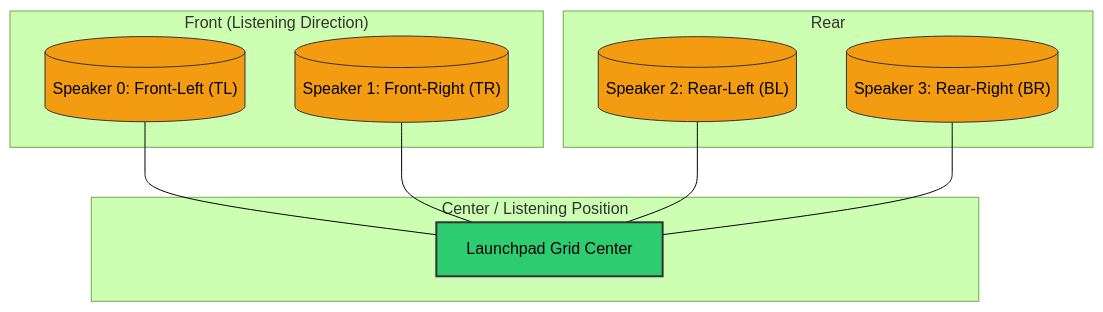
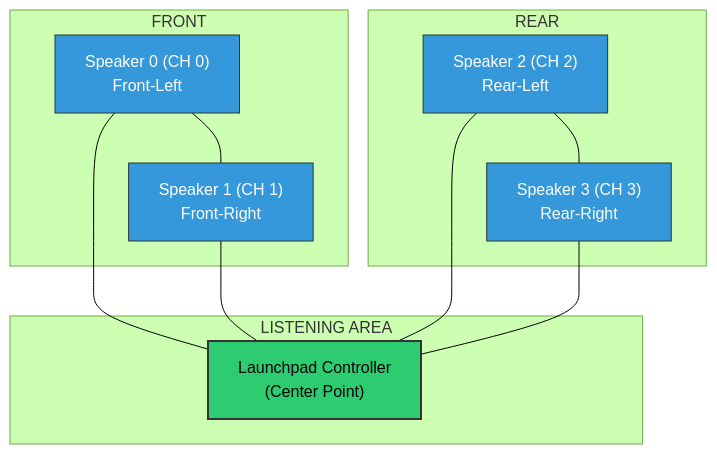
The diagram in README.md (YeshiNamkhai/ResonatingWithYou), drawn with Mermaid (forest theme) before and after one commit.

````diff
--- a/README.md
+++ b/README.md
@@ -98,28 +98,31 @@
 ```mermaid
 graph TD
-    subgraph "Front (Listening Direction)"
-        S0[("Speaker 0: Front-Left (TL)")] 
-        S1[("Speaker 1: Front-Right (TR)")]
+    subgraph "FRONT"
+        S0["Speaker 0 (CH 0)<br/>Front-Left"]
+        S1["Speaker 1 (CH 1)<br/>Front-Right"]
     end
 
-    subgraph "Center / Listening Position"
-        LP["Launchpad Grid Center"]
+    subgraph "LISTENING AREA"
+        LP["Launchpad Controller<br/>(Center Point)"]
     end
 
-    subgraph "Rear"
-        S2[("Speaker 2: Rear-Left (BL)")]
-        S3[("Speaker 3: Rear-Right (BR)")]
+    subgraph "REAR"
+        S2["Speaker 2 (CH 2)<br/>Rear-Left"]
+        S3["Speaker 3 (CH 3)<br/>Rear-Right"]
     end
 
-    %% Routing based on get_quad_gains logic
+    %% Positioning Relationships
+    S0 --- S1
     S0 --- LP
     S1 --- LP
     S2 --- LP
     S3 --- LP
+    S2 --- S3
 
-    style LP fill:#2ecc71,stroke:#333,stroke-width:2px
-    style S0 fill:#f39c12,stroke:#333
-    style S1 fill:#f39c12,stroke:#333
-    style S2 fill:#f39c12,stroke:#333
-    style S3 fill:#f39c12,stroke:#333
+    %% Styling
+    style LP fill:#2ecc71,stroke:#333,stroke-width:2px,color:#000
+    style S0 fill:#3498db,stroke:#333,color:#fff
+    style S1 fill:#3498db,stroke:#333,color:#fff
+    style S2 fill:#3498db,stroke:#333,color:#fff
+    style S3 fill:#3498db,stroke:#333,color:#fff
 ```
````
